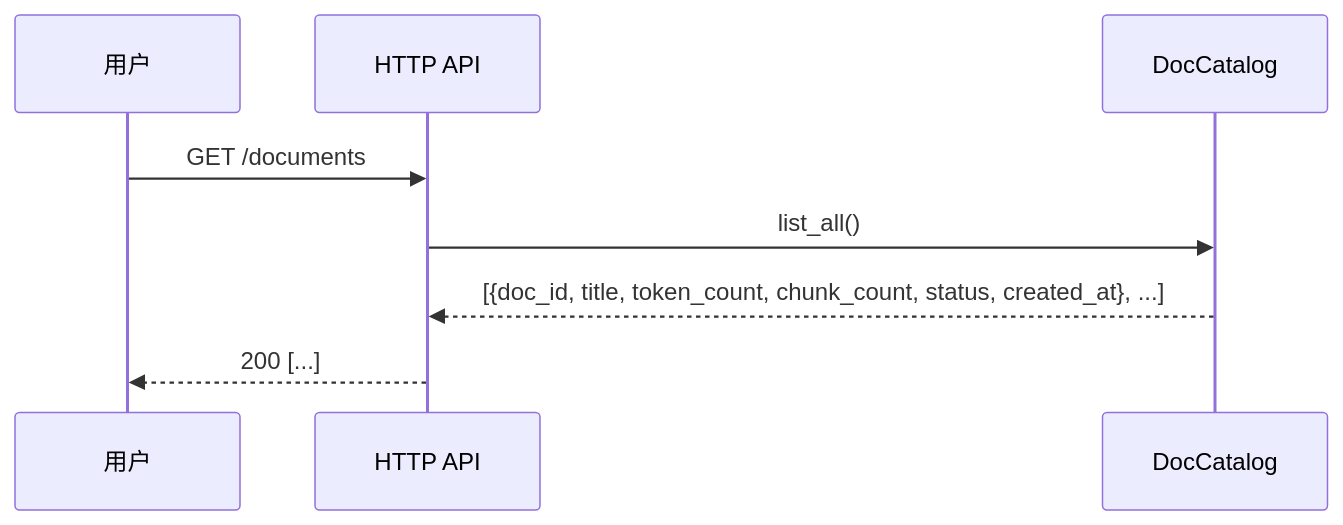
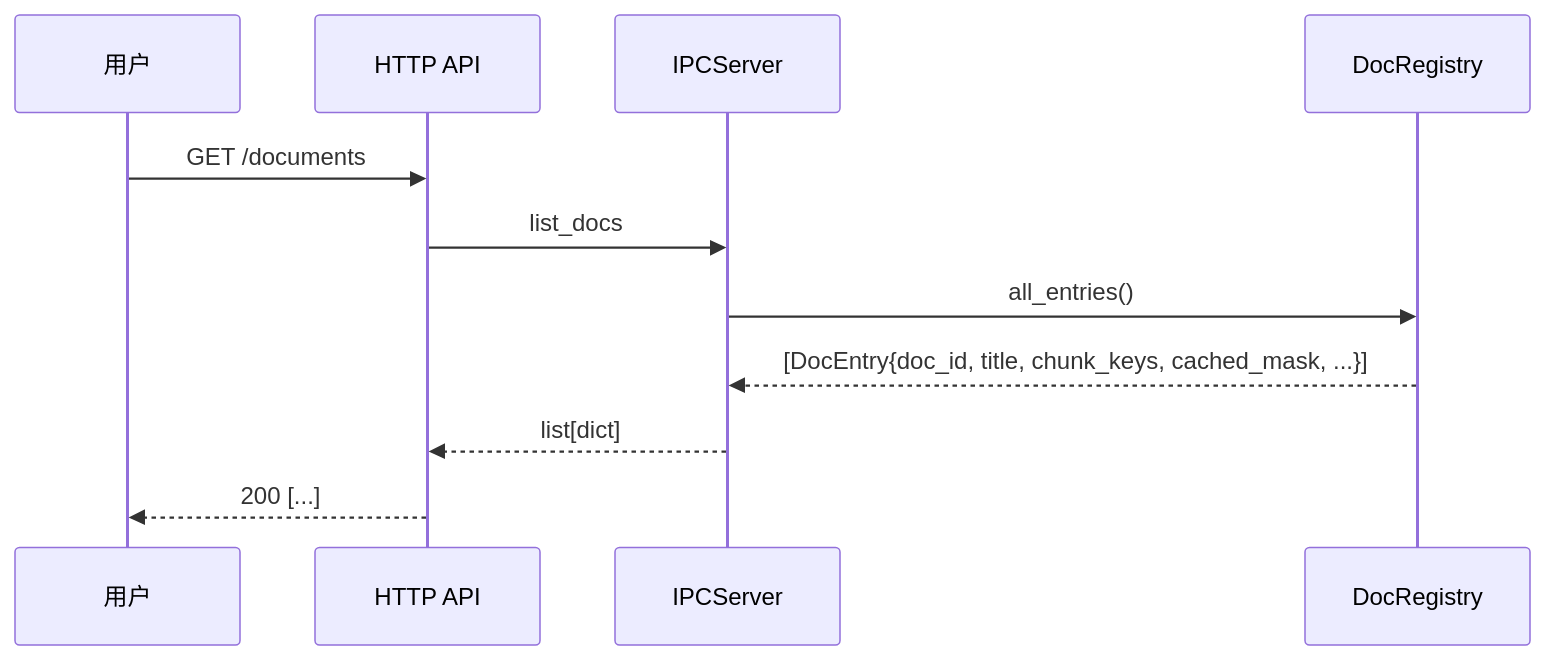
The third of 4 diagrams in docs/design/serve.md (GentleCold/DaseR), drawn with Mermaid before and after one commit. The commit also changed other lines of this file and 2 other files, not shown here.

````diff
--- a/docs/design/serve.md
+++ b/docs/design/serve.md
@@ -183,11 +217,14 @@
 ```mermaid
 sequenceDiagram
     participant U as 用户
     participant H as HTTP API
-    participant C as DocCatalog
+    participant I as IPCServer
+    participant DR as DocRegistry
 
     U->>H: GET /documents
-    H->>C: list_all()
-    C-->>H: [{doc_id, title, token_count, chunk_count, status, created_at}, ...]
+    H->>I: list_docs
+    I->>DR: all_entries()
+    DR-->>I: [DocEntry{doc_id, title, chunk_keys, cached_mask, ...}]
+    I-->>H: list[dict]
     H-->>U: 200 [...]
 ```
````
